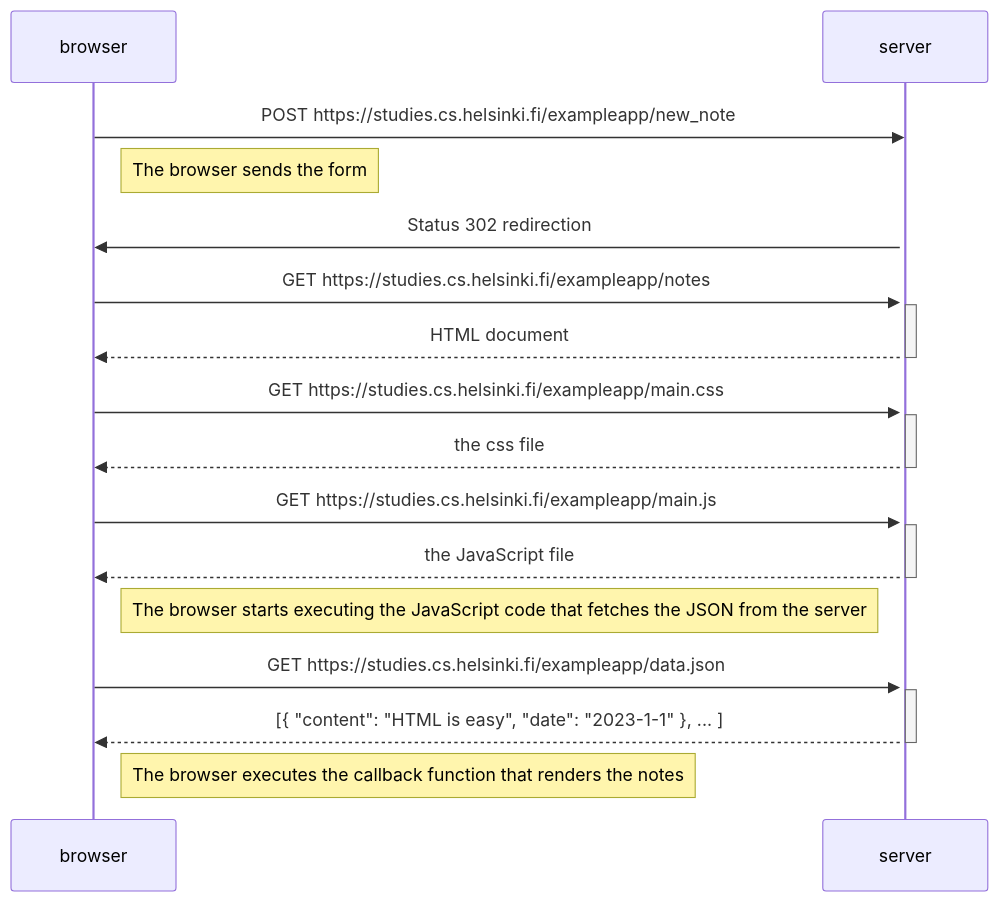
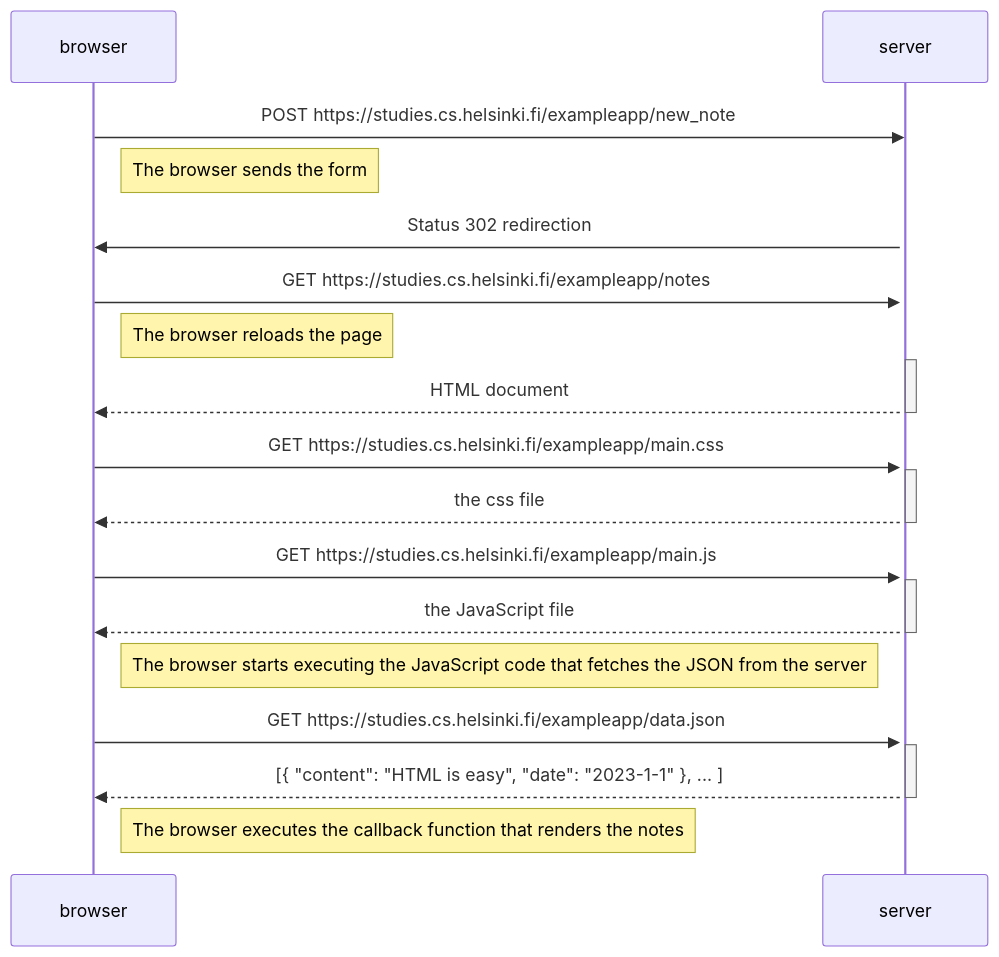
One commit to EyzeCOLD/fullstackopen changed the diagram in osa0/README.md. Above: the diagram before and after it, drawn with Mermaid.

````diff
--- a/osa0/README.md
+++ b/osa0/README.md
@@ -2,34 +2,35 @@
 ```mermaid
 sequenceDiagram
     participant browser
     participant server
 
     browser->>server: POST https://studies.cs.helsinki.fi/exampleapp/new_note
     Note right of browser: The browser sends the form
     activate server
     server->>browser: Status 302 redirection
     
     browser->>server: GET https://studies.cs.helsinki.fi/exampleapp/notes
+    Note right of browser: The browser reloads the page
     activate server
     server-->>browser: HTML document
     deactivate server
     
     browser->>server: GET https://studies.cs.helsinki.fi/exampleapp/main.css
     activate server
     server-->>browser: the css file
     deactivate server
     
     browser->>server: GET https://studies.cs.helsinki.fi/exampleapp/main.js
     activate server
     server-->>browser: the JavaScript file
     deactivate server
     
     Note right of browser: The browser starts executing the JavaScript code that fetches the JSON from the server
     
     browser->>server: GET https://studies.cs.helsinki.fi/exampleapp/data.json
     activate server
     server-->>browser: [{ "content": "HTML is easy", "date": "2023-1-1" }, ... ]
     deactivate server    
 
     Note right of browser: The browser executes the callback function that renders the notes 
 ```
````
